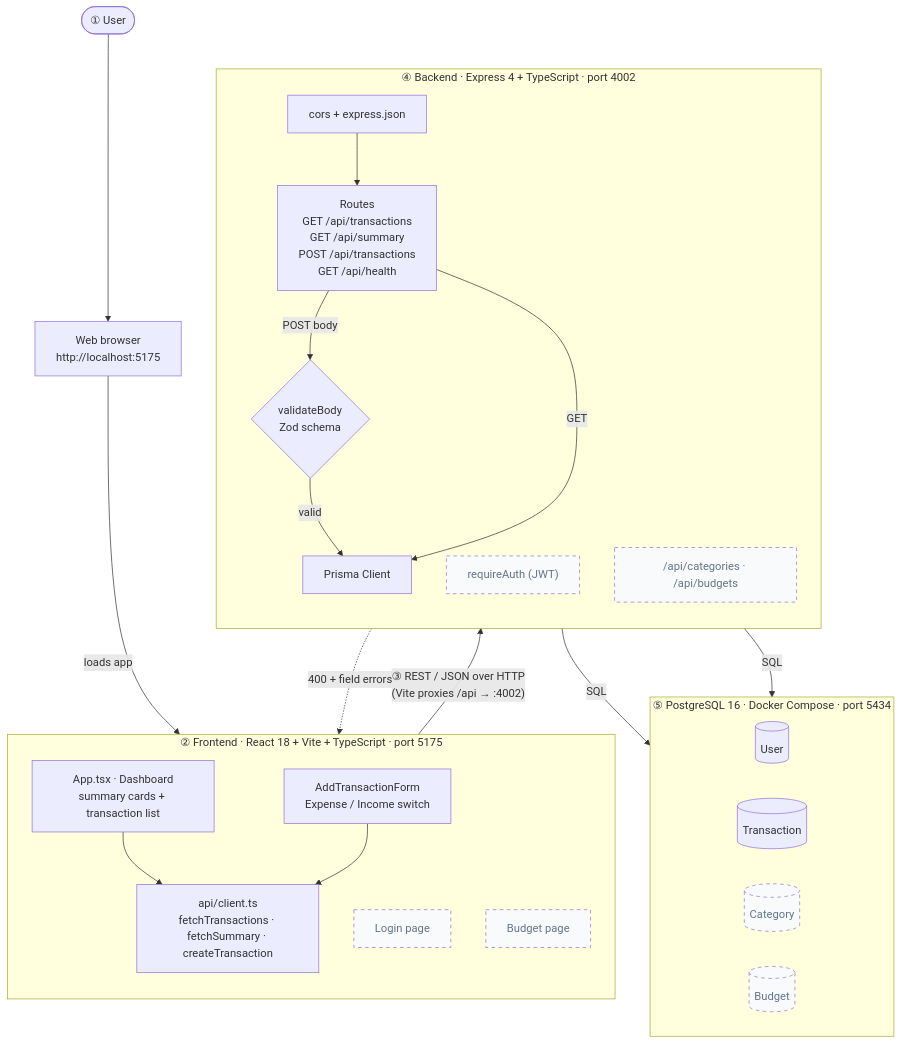
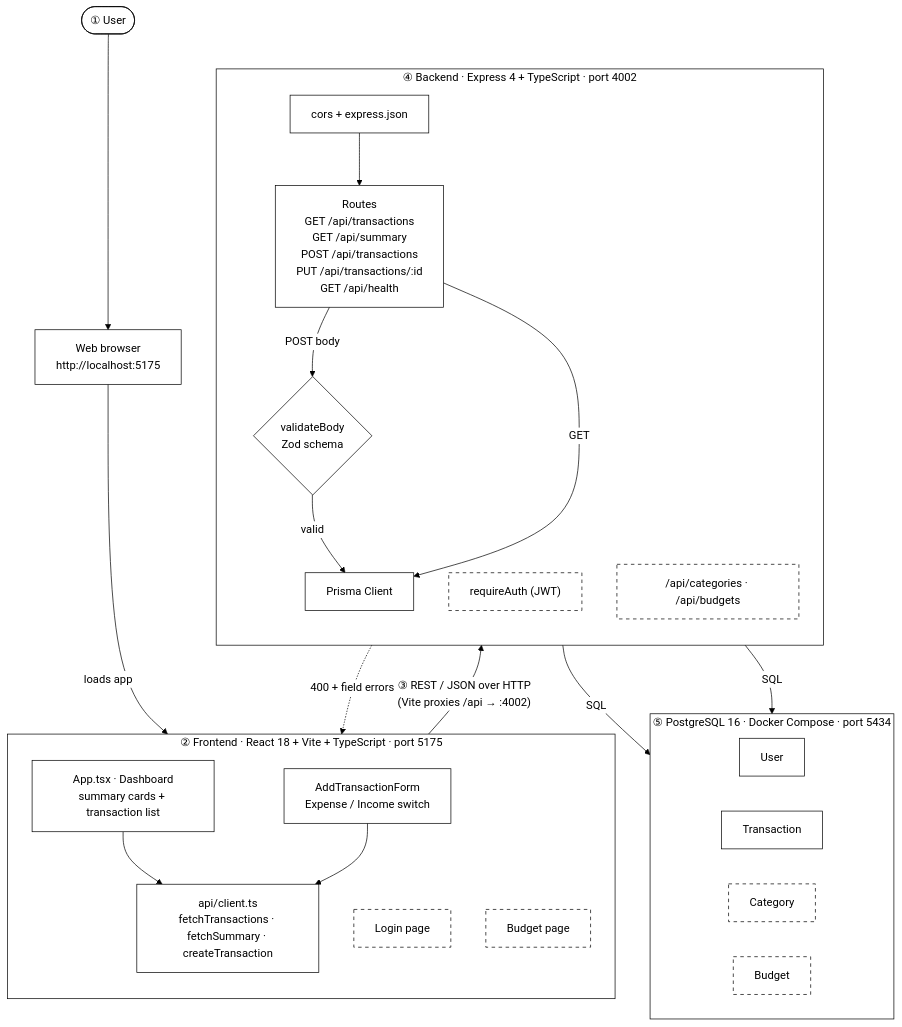
One commit to mcaivano26/cs450-expense-tracker changed the first of 6 diagrams in docs/architecture.md. Above: the diagram before and after it, drawn with Mermaid. The commit also changed other lines of this file, not shown here.

Commit message:
F26B-54: Update architecture diagram with the edit route, seed flow and Sprint 2 stories

````diff
--- a/docs/architecture.md
+++ b/docs/architecture.md
@@ -11,47 +11,48 @@
 ```mermaid
+%%{init: {'theme':'base','themeVariables':{'background':'#ffffff','primaryColor':'#ffffff','primaryTextColor':'#000000','primaryBorderColor':'#000000','secondaryColor':'#ffffff','tertiaryColor':'#ffffff','lineColor':'#000000','textColor':'#000000','mainBkg':'#ffffff','nodeBorder':'#000000','clusterBkg':'#ffffff','clusterBorder':'#000000','titleColor':'#000000','edgeLabelBackground':'#ffffff','actorBkg':'#ffffff','actorBorder':'#000000','actorTextColor':'#000000','actorLineColor':'#000000','signalColor':'#000000','signalTextColor':'#000000','labelBoxBkgColor':'#ffffff','labelBoxBorderColor':'#000000','labelTextColor':'#000000','loopTextColor':'#000000','noteBkgColor':'#ffffff','noteBorderColor':'#000000','noteTextColor':'#000000','activationBkgColor':'#ffffff','activationBorderColor':'#000000','sequenceNumberColor':'#ffffff','attributeBackgroundColorOdd':'#ffffff','attributeBackgroundColorEven':'#ffffff'}}}%%
 flowchart TD
   user(["① User"])
   browser["Web browser<br/>http://localhost:5175"]
 
   subgraph FE["② Frontend · React 18 + Vite + TypeScript · port 5175"]
     direction TB
     app["App.tsx · Dashboard<br/>summary cards + transaction list"]
     form["AddTransactionForm<br/>Expense / Income switch"]
     client["api/client.ts<br/>fetchTransactions · fetchSummary · createTransaction"]
     login["Login page"]:::planned
     budgetUi["Budget page"]:::planned
     app --> client
     form --> client
   end
 
   subgraph BE["④ Backend · Express 4 + TypeScript · port 4002"]
     direction TB
     mw["cors + express.json"]
-    routes["Routes<br/>GET /api/transactions<br/>GET /api/summary<br/>POST /api/transactions<br/>GET /api/health"]
+    routes["Routes<br/>GET /api/transactions<br/>GET /api/summary<br/>POST /api/transactions<br/>PUT /api/transactions/:id<br/>GET /api/health"]
     zod{"validateBody<br/>Zod schema"}
     prisma["Prisma Client"]
     auth["requireAuth (JWT)"]:::planned
     newRoutes["/api/categories · /api/budgets"]:::planned
     mw --> routes
     routes -- "POST body" --> zod
     zod -- "valid" --> prisma
     routes -- "GET" --> prisma
   end
 
   subgraph DB["⑤ PostgreSQL 16 · Docker Compose · port 5434"]
     direction LR
-    tUser[("User")]
-    tTx[("Transaction")]
-    tCat[("Category")]:::planned
-    tBud[("Budget")]:::planned
+    tUser["User"]
+    tTx["Transaction"]
+    tCat["Category"]:::planned
+    tBud["Budget"]:::planned
   end
 
   user --> browser
   browser -- "loads app" --> app
   client -- "③ REST / JSON over HTTP<br/>(Vite proxies /api → :4002)" --> mw
   zod -. "400 + field errors" .-> form
   prisma -- "SQL" --> tTx
   prisma -- "SQL" --> tUser
 
-  classDef planned stroke-dasharray: 5 5,fill:#f8fafc,color:#64748b
+  classDef planned stroke-dasharray: 5 5,fill:#ffffff,color:#000000
 ```
````
